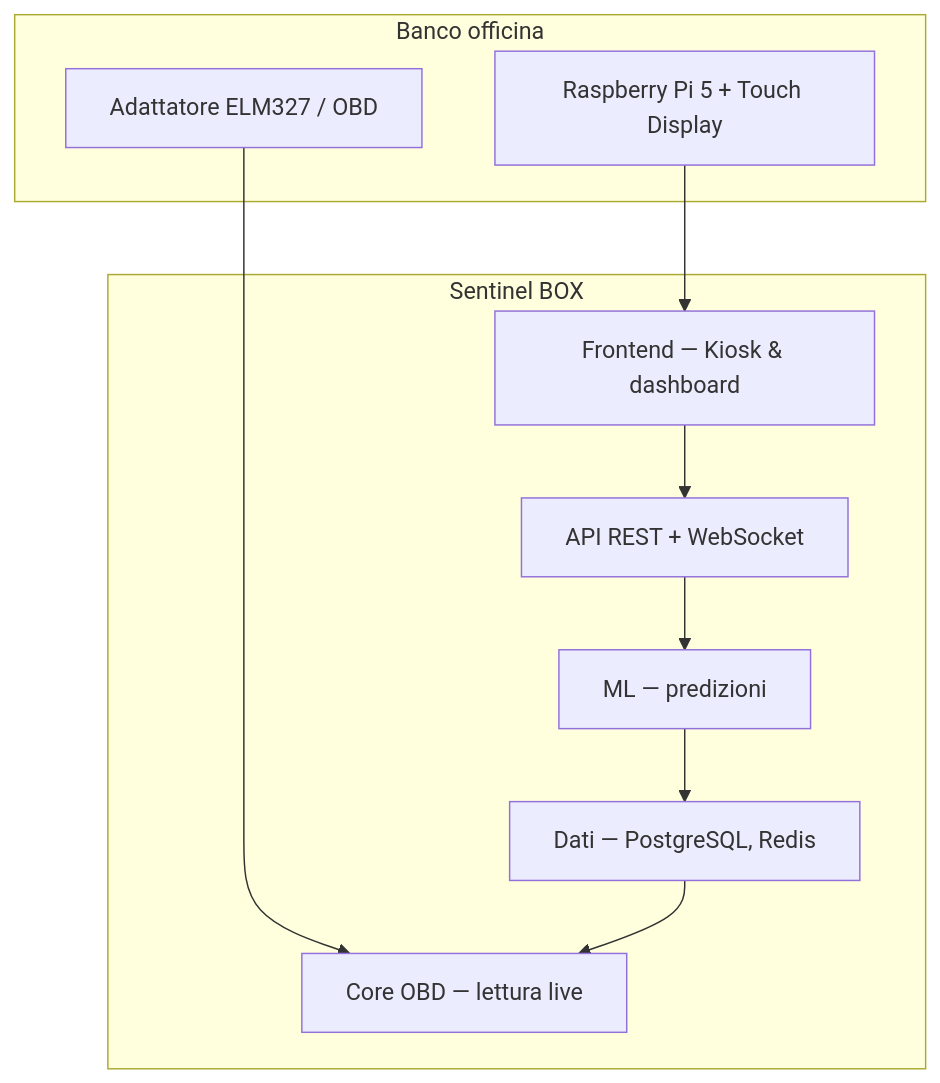
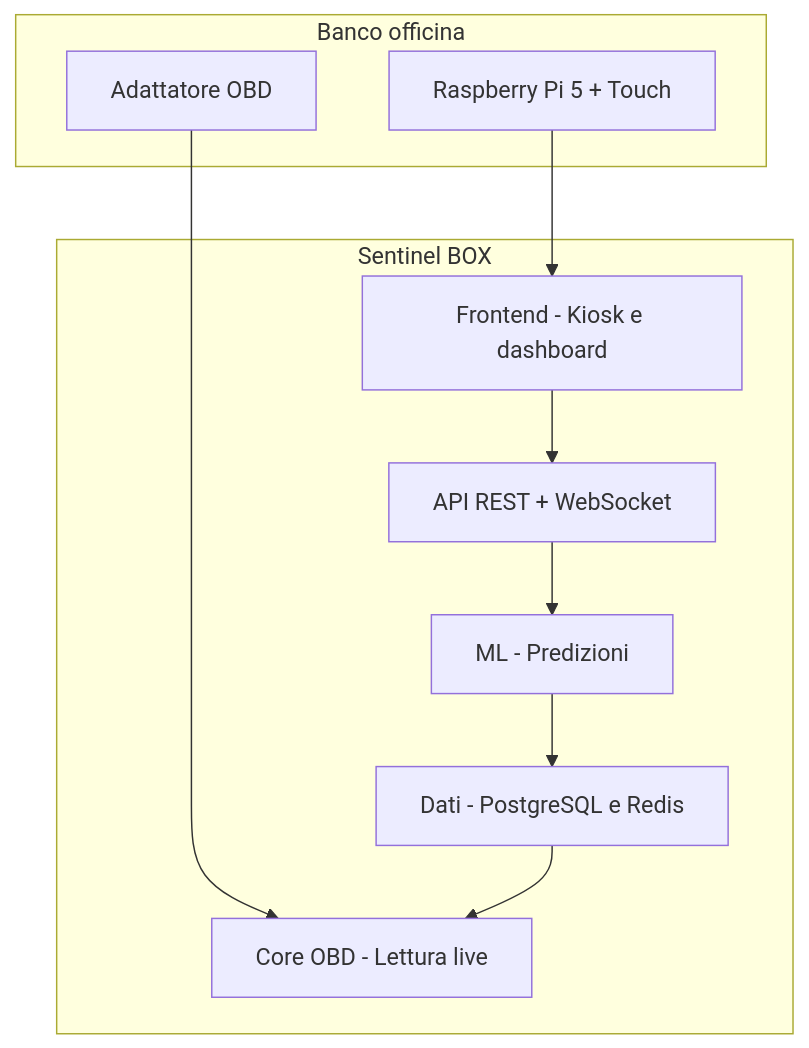
One commit to CyberneticWar/Sentinel-BOX-Showcase changed the diagram in README.md. Above: the diagram before and after it, drawn with Mermaid. The commit also changed other lines of this file and 10 other files, not shown here.

````diff
--- a/README.md
+++ b/README.md
@@ -38,19 +154,19 @@
 ```mermaid
 flowchart TB
-  subgraph Edge["Banco officina"]
-    Pi["Raspberry Pi 5 + Touch Display"]
-    OBD["Adattatore ELM327 / OBD"]
+  subgraph edge [Banco officina]
+    pi[Raspberry Pi 5 + Touch]
+    obd[Adattatore OBD]
   end
 
-  subgraph Stack["Sentinel BOX"]
-    L5["Frontend — Kiosk & dashboard"]
-    L4["API REST + WebSocket"]
-    L3["ML — predizioni"]
-    L2["Dati — PostgreSQL, Redis"]
-    L1["Core OBD — lettura live"]
+  subgraph stack [Sentinel BOX]
+    l5[Frontend - Kiosk e dashboard]
+    l4[API REST + WebSocket]
+    l3[ML - Predizioni]
+    l2[Dati - PostgreSQL e Redis]
+    l1[Core OBD - Lettura live]
   end
 
-  OBD --> L1
-  Pi --> L5
-  L5 --> L4 --> L3 --> L2 --> L1
+  obd --> l1
+  pi --> l5
+  l5 --> l4 --> l3 --> l2 --> l1
 ```
````
